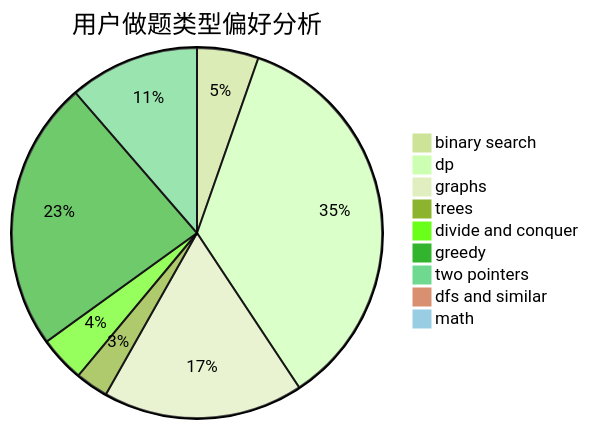
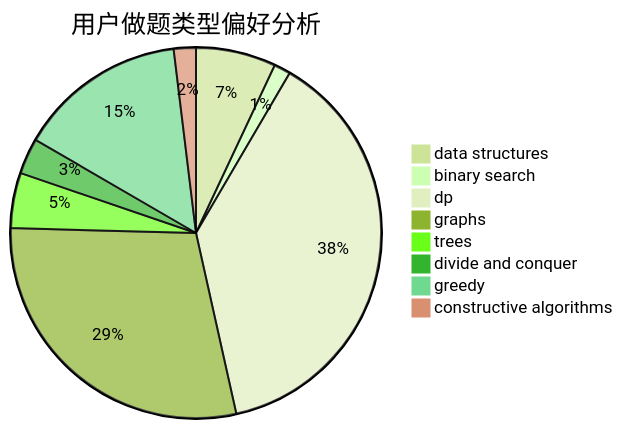
The second of 3 diagrams in docs/user/u2275.md (sherpahu/cfrs.github.io), drawn with Mermaid (forest theme) before and after one commit. The commit also changed other lines of this file and 2775 other files, not shown here.

````diff
--- a/docs/user/u2275.md
+++ b/docs/user/u2275.md
@@ -23,12 +23,11 @@
 ```mermaid
 pie title 用户做题类型偏好分析
-    "binary search" :  43
-    "dp" :  283
-    "graphs" :  140
-    "trees" :  23
-    "divide and conquer" :  32
-    "greedy" :  189
-    "two pointers" :  91
-    "dfs and similar" :  7
-    "math" :  7
+    "data structures" :  29
+    "binary search" :  6
+    "dp" :  158
+    "graphs" :  120
+    "trees" :  20
+    "divide and conquer" :  13
+    "greedy" :  61
+    "constructive algorithms" :  8
 ```
````
